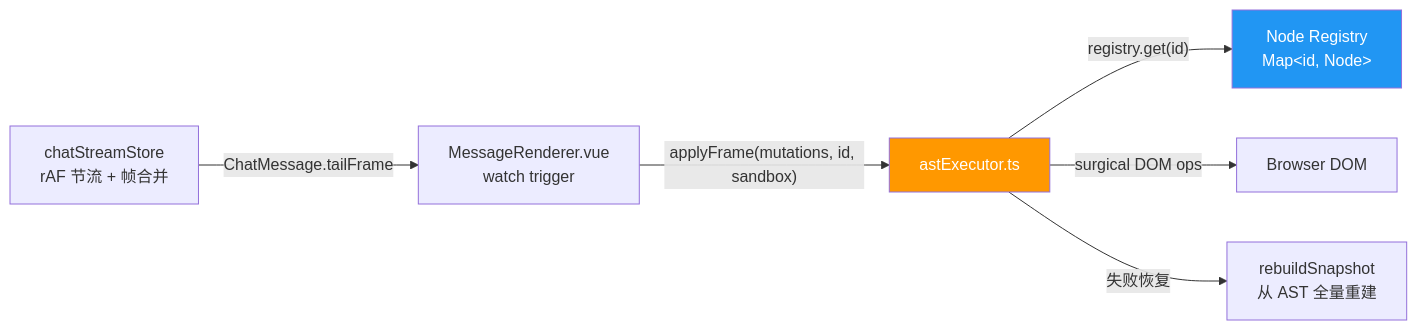
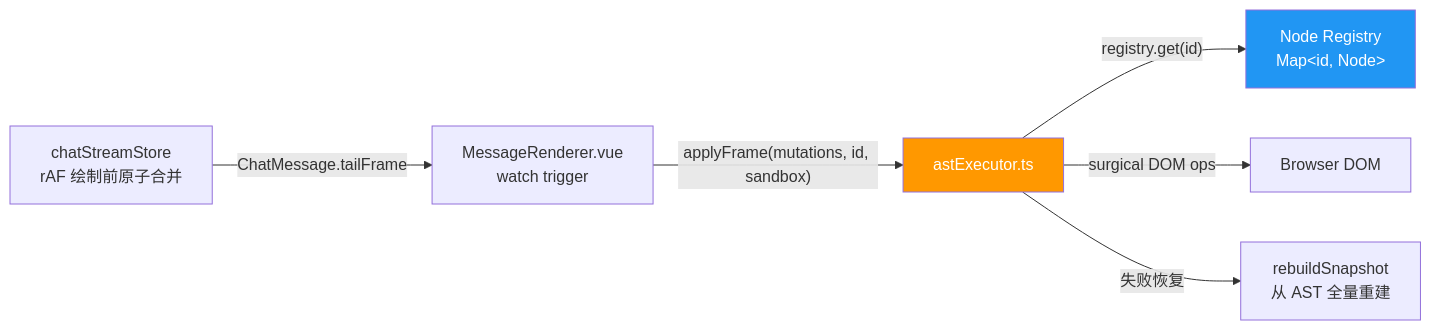
Before and after one commit to MRiecy/VCPMobile: the first of 4 diagrams in docs/modules/ast-diff/04_前端AstExecutor_DOM外科引擎.md, drawn with Mermaid. The commit also changed other lines of this file and 12 other files, not shown here.

````diff
--- a/docs/modules/ast-diff/04_前端AstExecutor_DOM外科引擎.md
+++ b/docs/modules/ast-diff/04_前端AstExecutor_DOM外科引擎.md
@@ -27,11 +27,11 @@
 ```mermaid
 flowchart LR
-    CSS["chatStreamStore<br/>rAF 节流 + 帧合并"] -->|"ChatMessage.tailFrame"| MR["MessageRenderer.vue<br/>watch trigger"]
+    CSS["chatStreamStore<br/>rAF 绘制前原子合并"] -->|"ChatMessage.tailFrame"| MR["MessageRenderer.vue<br/>watch trigger"]
     MR -->|"applyFrame(mutations, id, sandbox)"| AE["astExecutor.ts"]
     AE -->|"registry.get(id)"| NR["Node Registry<br/>Map&lt;id, Node&gt;"]
     AE -->|"surgical DOM ops"| DOM["Browser DOM"]
     AE -->|"失败恢复"| RS["rebuildSnapshot<br/>从 AST 全量重建"]
 
     style AE fill:#ff9800,color:#fff
     style NR fill:#2196f3,color:#fff
 ```
````
